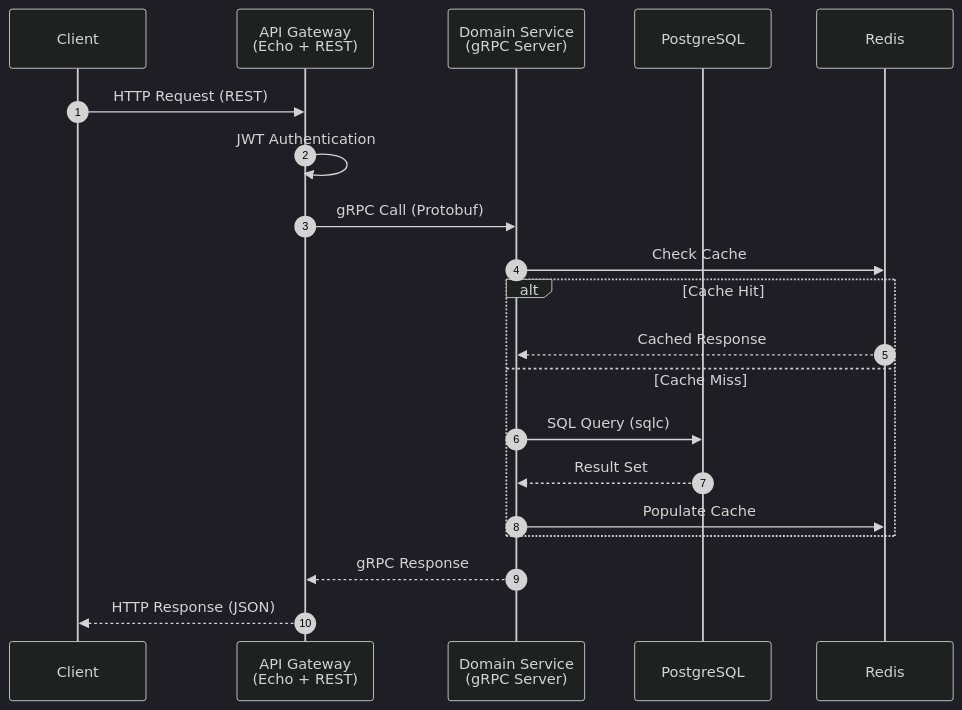
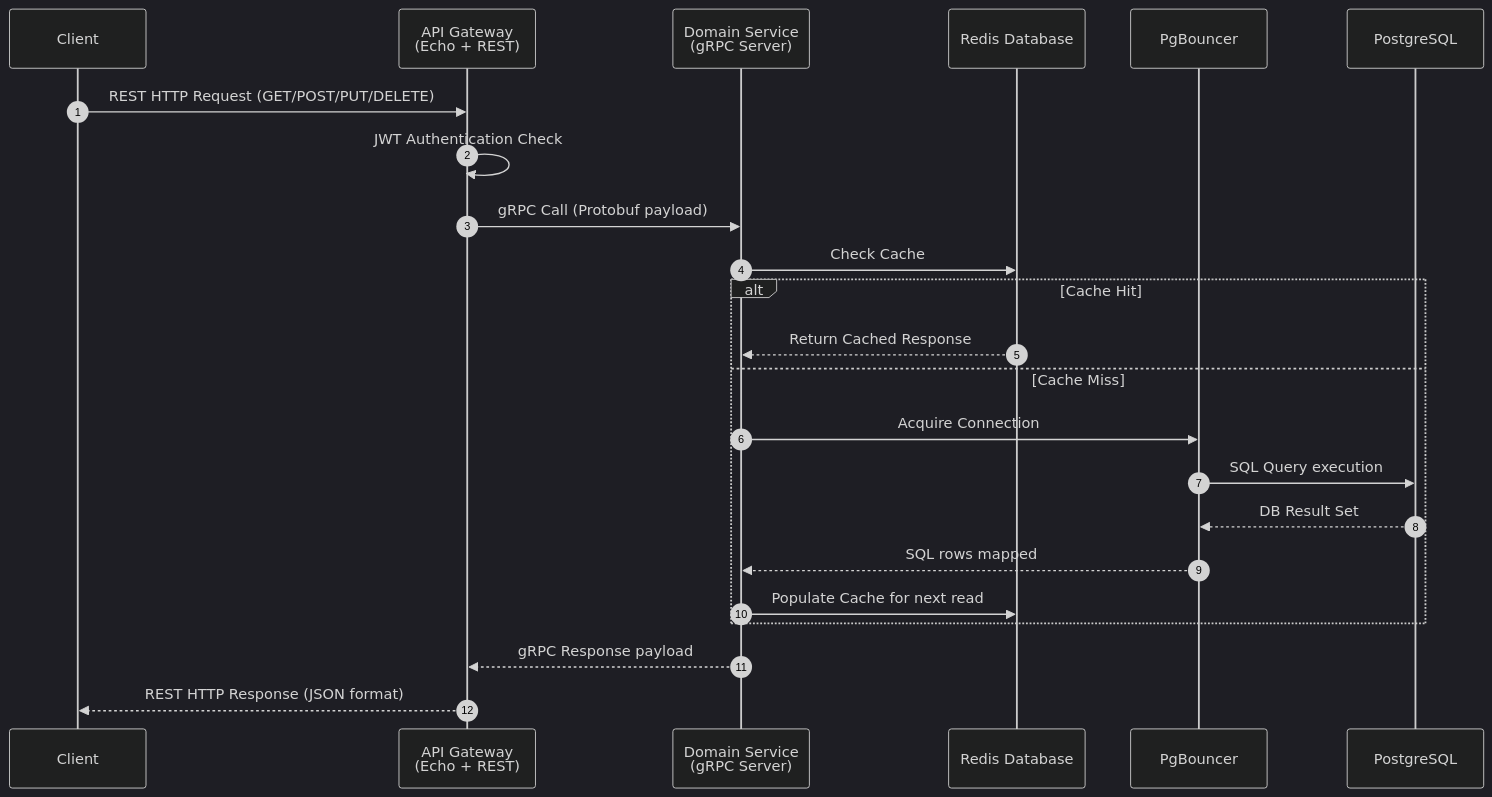
Before and after one commit to renaldyhidayatt/renaldyhidayatt.github.io: the fourth of 8 diagrams in src/content/portfolio/microservice-ecommerce.mdx, drawn with Mermaid (dark theme). The commit also changed other lines of this file and 19 other files, not shown here.

Commit message:
refactor: overhaul project documentation with detailed architectural summaries and expanded domain-driven service specifications

````diff
--- a/src/content/portfolio/microservice-ecommerce.mdx
+++ b/src/content/portfolio/microservice-ecommerce.mdx
@@ -297,23 +308,26 @@
 ```mermaid
 sequenceDiagram
     autonumber
     participant C as Client
     participant GW as API Gateway<br/>(Echo + REST)
     participant SVC as Domain Service<br/>(gRPC Server)
+    participant REDIS as Redis Database
+    participant PGB as PgBouncer
     participant DB as PostgreSQL
-    participant CACHE as Redis
 
-    C->>GW: HTTP Request (REST)
-    GW->>GW: JWT Authentication
-    GW->>SVC: gRPC Call (Protobuf)
-    SVC->>CACHE: Check Cache
+    C->>GW: REST HTTP Request (GET/POST/PUT/DELETE)
+    GW->>GW: JWT Authentication Check
+    GW->>SVC: gRPC Call (Protobuf payload)
+    SVC->>REDIS: Check Cache
     alt Cache Hit
-        CACHE-->>SVC: Cached Response
+        REDIS-->>SVC: Return Cached Response
     else Cache Miss
-        SVC->>DB: SQL Query (sqlc)
-        DB-->>SVC: Result Set
-        SVC->>CACHE: Populate Cache
+        SVC->>PGB: Acquire Connection
+        PGB->>DB: SQL Query execution
+        DB-->>PGB: DB Result Set
+        PGB-->>SVC: SQL rows mapped
+        SVC->>REDIS: Populate Cache for next read
     end
-    SVC-->>GW: gRPC Response
-    GW-->>C: HTTP Response (JSON)
+    SVC-->>GW: gRPC Response payload
+    GW-->>C: REST HTTP Response (JSON format)
 ```
````
